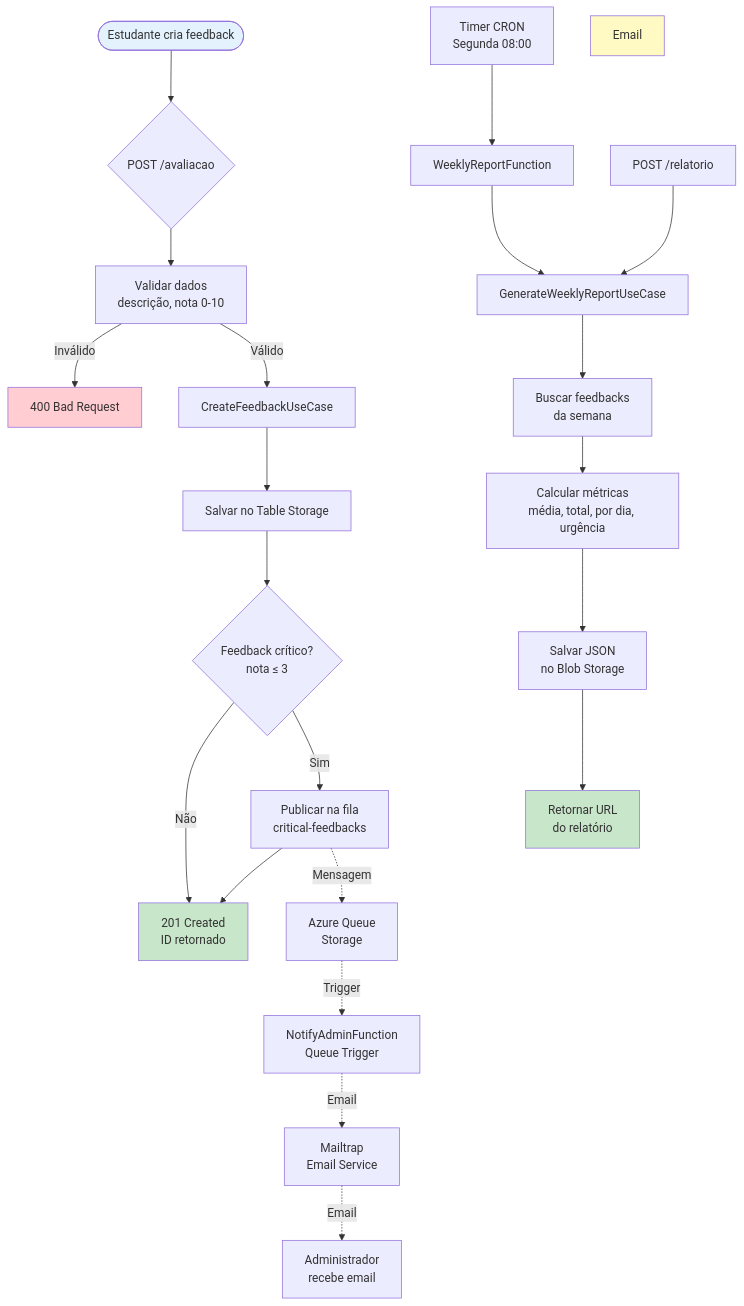
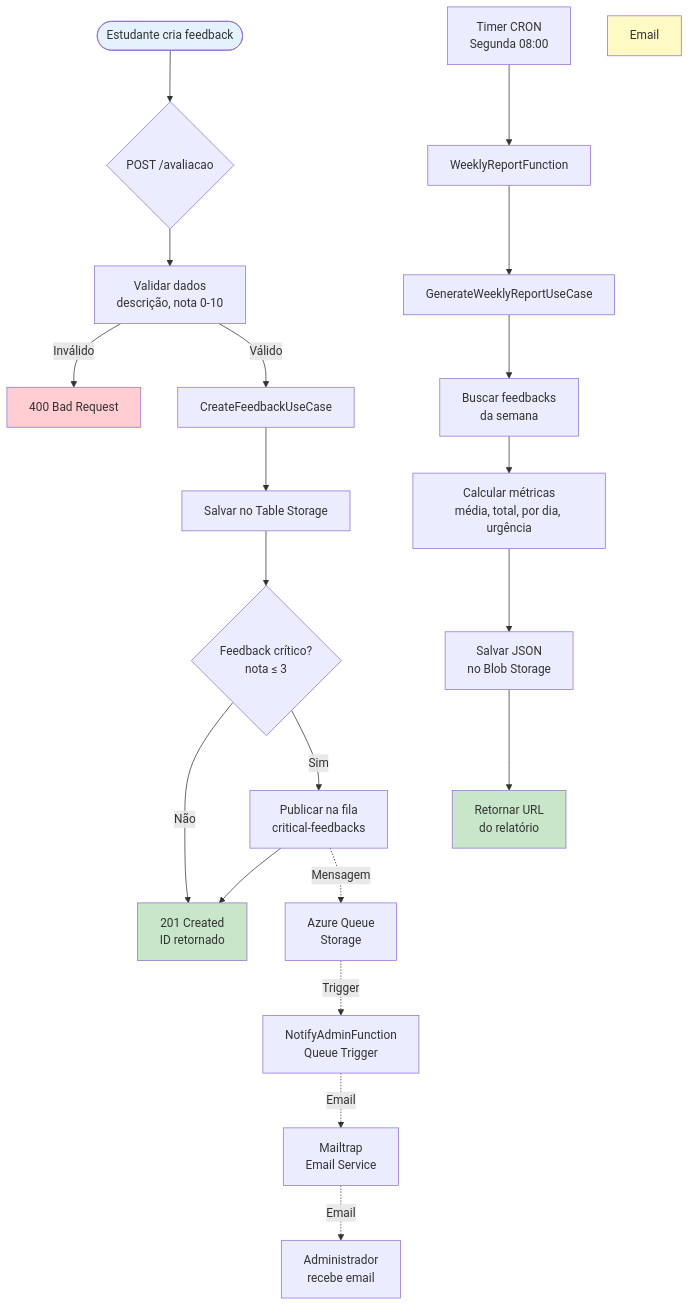
The seventh of 9 diagrams in README.md (luizffdemoraes/feedback-sync), drawn with Mermaid before and after one commit. The commit also changed other lines of this file and 10 other files, not shown here.

````diff
--- a/README.md
+++ b/README.md
@@ -575,37 +547,35 @@
 ```mermaid
 flowchart TD
     Start([Estudante cria feedback]) --> Input{POST /avaliacao}
     
     Input --> Validate[Validar dados<br/>descrição, nota 0-10]
     
     Validate -->|Inválido| Error1[400 Bad Request]
     Validate -->|Válido| Create[CreateFeedbackUseCase]
     
     Create --> Save[Salvar no Table Storage]
     Save --> Check{Feedback crítico?<br/>nota ≤ 3}
     
     Check -->|Não| Success1[201 Created<br/>ID retornado]
     Check -->|Sim| PublishQueue[Publicar na fila<br/>critical-feedbacks]
     
     PublishQueue --> Success1
     
     PublishQueue -.->|Mensagem| QueueStorage[Azure Queue<br/>Storage]
     QueueStorage -.->|Trigger| NotifyFunc[NotifyAdminFunction<br/>Queue Trigger]
     NotifyFunc -.->|Email| Mailtrap[Mailtrap<br/>Email Service]
     Mailtrap -.->|Email| Admin[Administrador<br/>recebe email]
     
     Timer[Timer CRON<br/>Segunda 08:00] --> WeeklyFunc[WeeklyReportFunction]
     WeeklyFunc --> ReportUC[GenerateWeeklyReportUseCase]
     ReportUC --> Fetch[Buscar feedbacks<br/>da semana]
     Fetch --> Calc[Calcular métricas<br/>média, total, por dia, urgência]
     Calc --> SaveReport[Salvar JSON<br/>no Blob Storage]
     SaveReport --> Return[Retornar URL<br/>do relatório]
     
-    Manual[POST /relatorio] --> ReportUC
-    
     style Start fill:#E3F2FD
     style Success1 fill:#C8E6C9
     style Error1 fill:#FFCDD2
     style Email fill:#FFF9C4
     style Return fill:#C8E6C9
 ```
````
